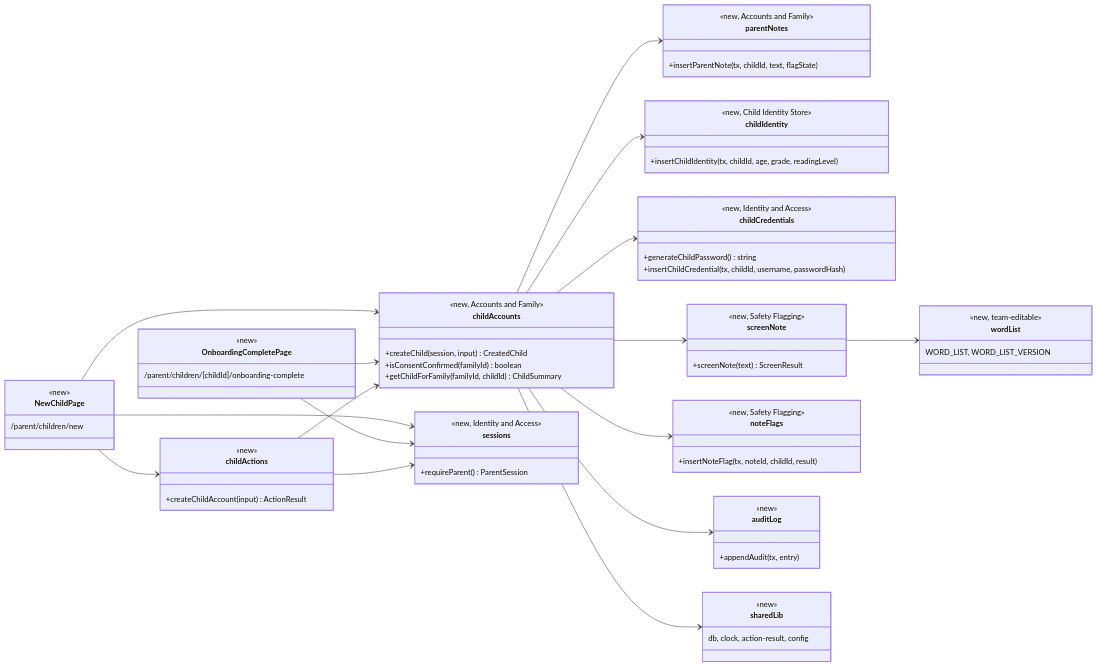
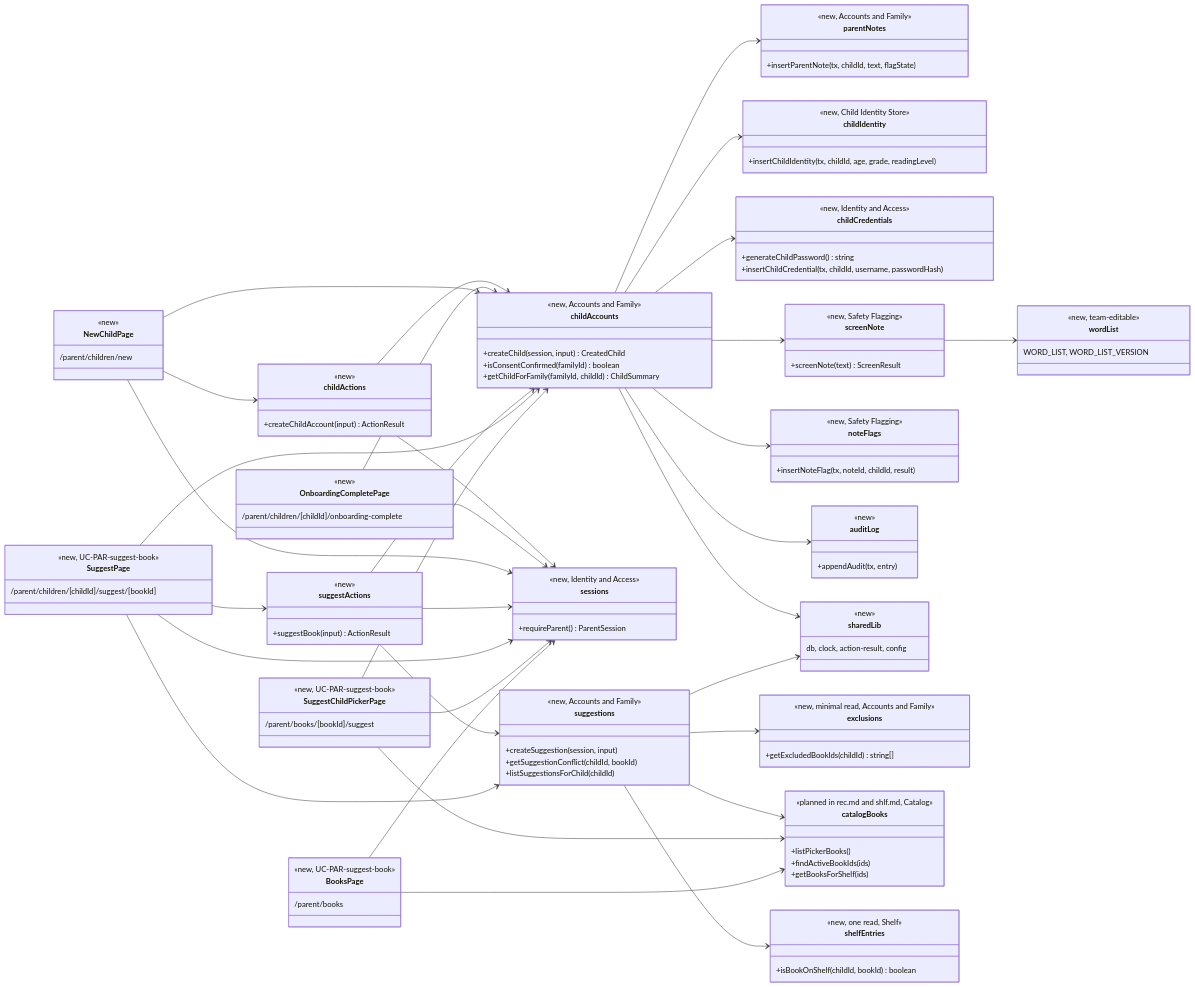
One commit to videogames21/book_buddies changed the first of 5 diagrams in design/par.md. Above: the diagram before and after it, drawn with Mermaid. The commit also changed other lines of this file and 5 other files, not shown here.

Commit message:
parent suggest a book initial commit

```diff
--- a/design/par.md
+++ b/design/par.md
@@ -107,6 +109,58 @@
         <<new>>
         db, clock, action-result, config
     }
+    class BooksPage {
+        <<new, UC-PAR-suggest-book>>
+        /parent/books
+    }
+    class SuggestChildPickerPage {
+        <<new, UC-PAR-suggest-book>>
+        /parent/books/[bookId]/suggest
+    }
+    class SuggestPage {
+        <<new, UC-PAR-suggest-book>>
+        /parent/children/[childId]/suggest/[bookId]
+    }
+    class suggestActions {
+        <<new>>
+        +suggestBook(input) ActionResult
+    }
+    class suggestions {
+        <<new, Accounts and Family>>
+        +createSuggestion(session, input)
+        +getSuggestionConflict(childId, bookId)
+        +listSuggestionsForChild(childId)
+    }
+    class exclusions {
+        <<new, minimal read, Accounts and Family>>
+        +getExcludedBookIds(childId) string[]
+    }
+    class catalogBooks {
+        <<planned in rec.md and shlf.md, Catalog>>
+        +listPickerBooks()
+        +findActiveBookIds(ids)
+        +getBooksForShelf(ids)
+    }
+    class shelfEntries {
+        <<new, one read, Shelf>>
+        +isBookOnShelf(childId, bookId) boolean
+    }
+    BooksPage --> sessions
+    BooksPage --> catalogBooks
+    SuggestChildPickerPage --> sessions
+    SuggestChildPickerPage --> childAccounts
+    SuggestChildPickerPage --> catalogBooks
+    SuggestPage --> sessions
+    SuggestPage --> childAccounts
+    SuggestPage --> suggestions
+    SuggestPage --> suggestActions
+    suggestActions --> sessions
+    suggestActions --> childAccounts
+    suggestActions --> suggestions
+    suggestions --> catalogBooks
+    suggestions --> exclusions
+    suggestions --> shelfEntries
+    suggestions --> sharedLib
     NewChildPage --> childActions
     NewChildPage --> sessions
     NewChildPage --> childAccounts
```
